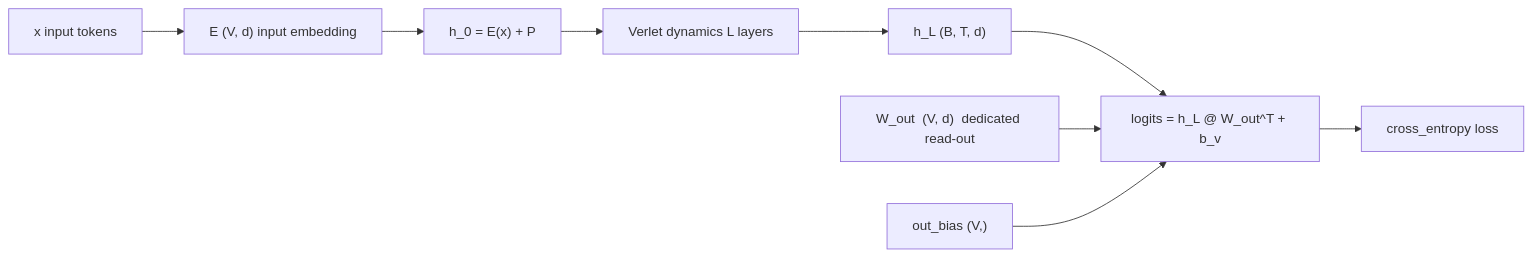
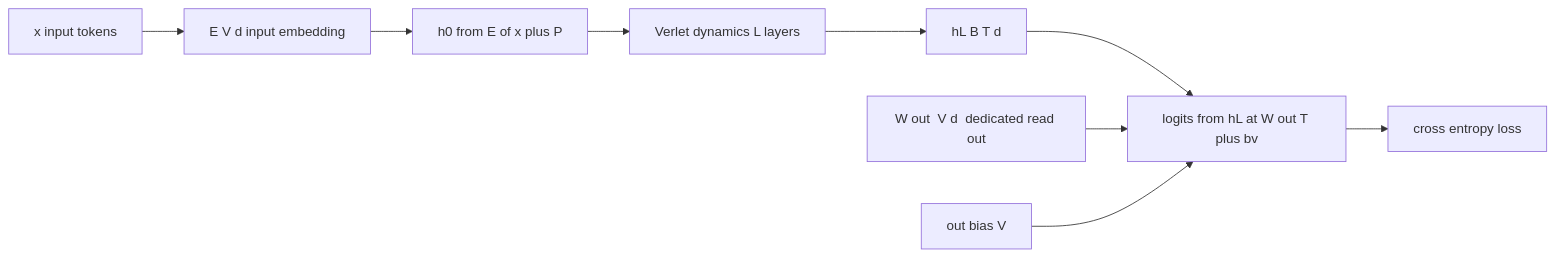
The fourth of 6 diagrams in companion_notes/Fock-PARFLM_vs_GPT-2_on_OpenWebText_Next_Steps.md (dimitarpg13/semsimula-paper), drawn with Mermaid before and after one commit. The commit also changed other lines of this file and 2 other files, not shown here.

````diff
--- a/companion_notes/Fock-PARFLM_vs_GPT-2_on_OpenWebText_Next_Steps.md
+++ b/companion_notes/Fock-PARFLM_vs_GPT-2_on_OpenWebText_Next_Steps.md
@@ -1109,21 +1112,21 @@
 ```mermaid
 flowchart LR
     x["x  input tokens"]
-    E["E  (V, d)  input embedding"]
-    h0["h_0 = E(x) + P"]
+    E["E  V d  input embedding"]
+    h0["h0 from E of x plus P"]
     dyn["Verlet dynamics  L layers"]
-    hL["h_L  (B, T, d)"]
-    Wout["W_out  (V, d)  dedicated read-out"]
-    bv["out_bias  (V,)"]
-    logits["logits = h_L @ W_out^T + b_v"]
-    loss["cross_entropy loss"]
+    hL["hL  B T d"]
+    Wout["W out  V d  dedicated read out"]
+    bv["out bias  V"]
+    logits["logits from hL at W out T plus bv"]
+    loss["cross entropy loss"]
 
     x --> E
     E --> h0
     h0 --> dyn
     dyn --> hL
     hL --> logits
     Wout --> logits
     bv --> logits
     logits --> loss
 ```
````
